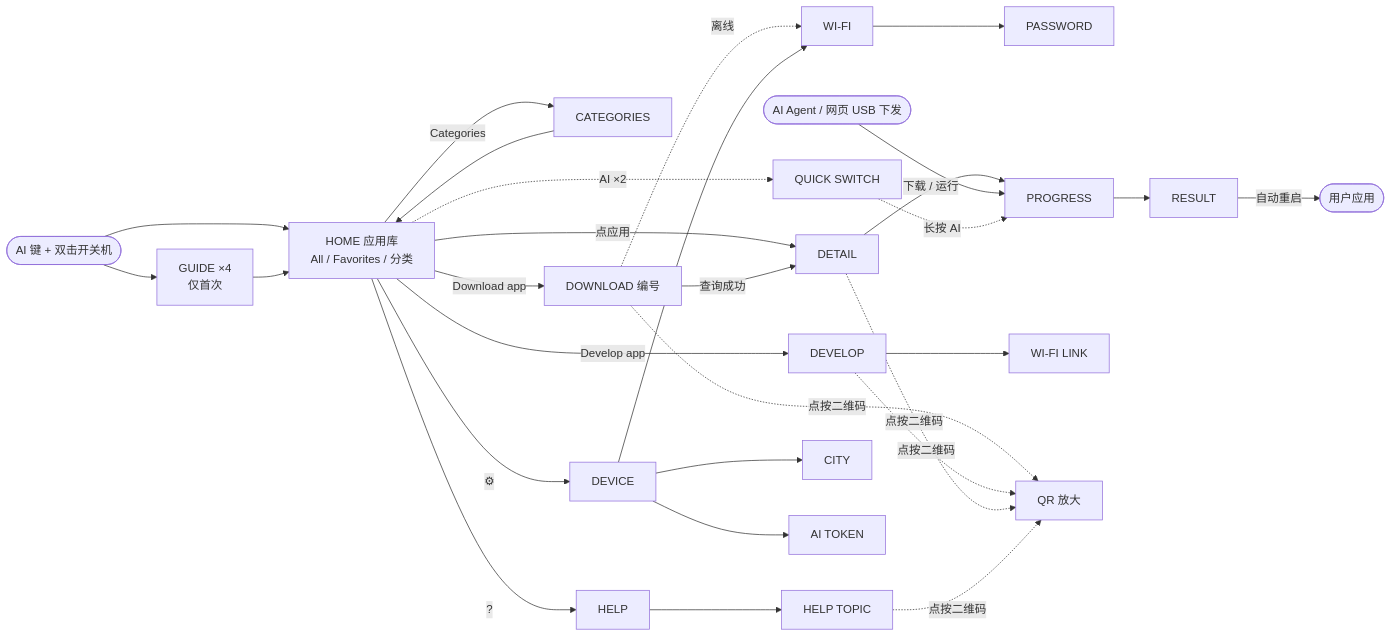
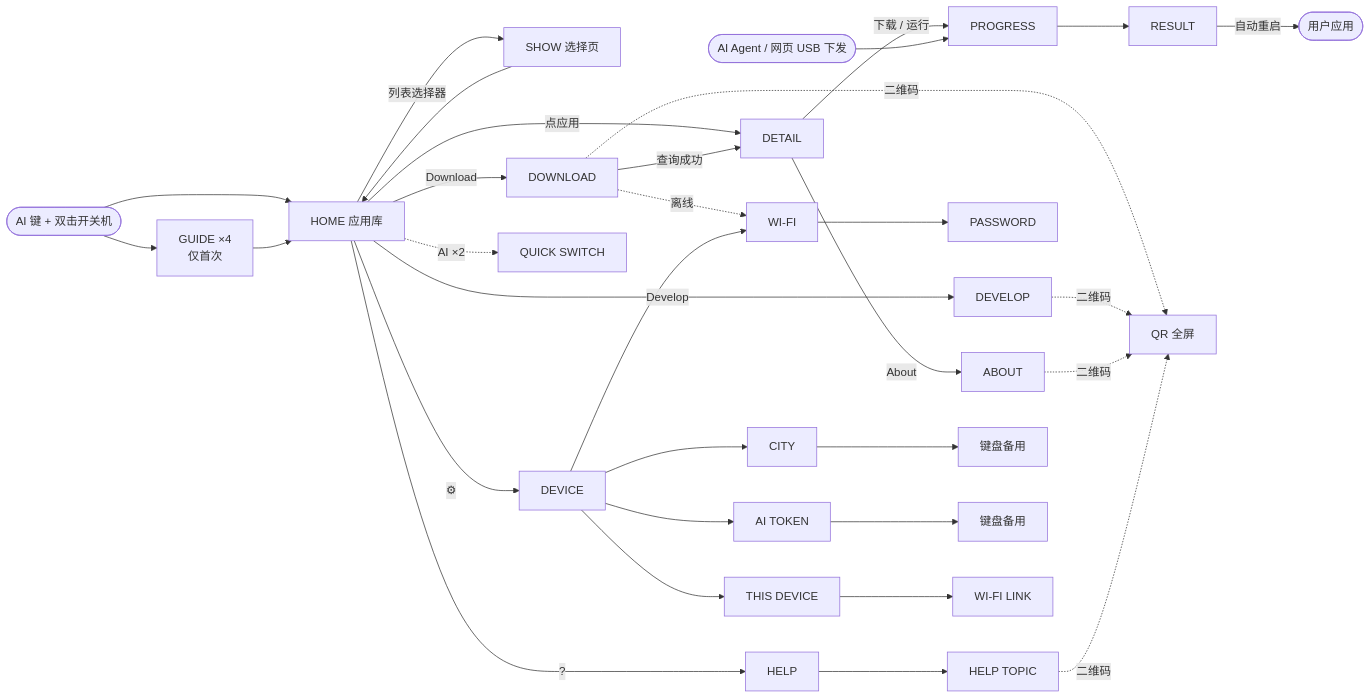
Before and after one commit to zhanzhaocheng/esp-mosaico-utils: the diagram in esp-mosaico-recovery/docs/vibe-mode-0.3-design/README.md, drawn with Mermaid. The commit also changed other lines of this file and 155 other files, not shown here.

````diff
--- a/esp-mosaico-recovery/docs/vibe-mode-0.3-design/README.md
+++ b/esp-mosaico-recovery/docs/vibe-mode-0.3-design/README.md
@@ -97,28 +120,28 @@
 ```mermaid
 flowchart LR
     boot([AI 键 + 双击开关机]) --> guide[GUIDE ×4<br/>仅首次]
     boot --> home
-    guide --> home[HOME 应用库<br/>All / Favorites / 分类]
-    home -->|Categories| cats[CATEGORIES]
+    guide --> home[HOME 应用库]
+    home -->|列表选择器| cats[SHOW 选择页]
     cats --> home
-    home -->|Download app| dl[DOWNLOAD 编号]
-    home -->|Develop app| dev[DEVELOP]
+    home -->|Download| dl[DOWNLOAD]
+    home -->|Develop| dev[DEVELOP]
     home -->|点应用| detail[DETAIL]
+    detail -->|About| about[ABOUT]
     home -->|⚙| device[DEVICE]
     home -->|?| help[HELP]
     home -.->|AI ×2| qs[QUICK SWITCH]
     dl -->|查询成功| detail
     dl -.->|离线| wifi[WI-FI]
     wifi --> password[PASSWORD]
     detail -->|下载 / 运行| progress[PROGRESS]
-    dev --> link[WI-FI LINK]
     agent([AI Agent / 网页 USB 下发]) --> progress
     progress --> result[RESULT]
     result -->|自动重启| app([用户应用])
-    qs -.->|长按 AI| progress
     help --> topic[HELP TOPIC]
     device --> wifi
-    device --> city[CITY]
-    device --> token[AI TOKEN]
-    dl & dev & detail & topic -.->|点按二维码| qr[QR 放大]
+    device --> city[CITY] --> cityk[键盘备用]
+    device --> token[AI TOKEN] --> tokenk[键盘备用]
+    device --> info[THIS DEVICE] --> link[WI-FI LINK]
+    dl & dev & about & topic -.->|二维码| qr[QR 全屏]
 ```
````
